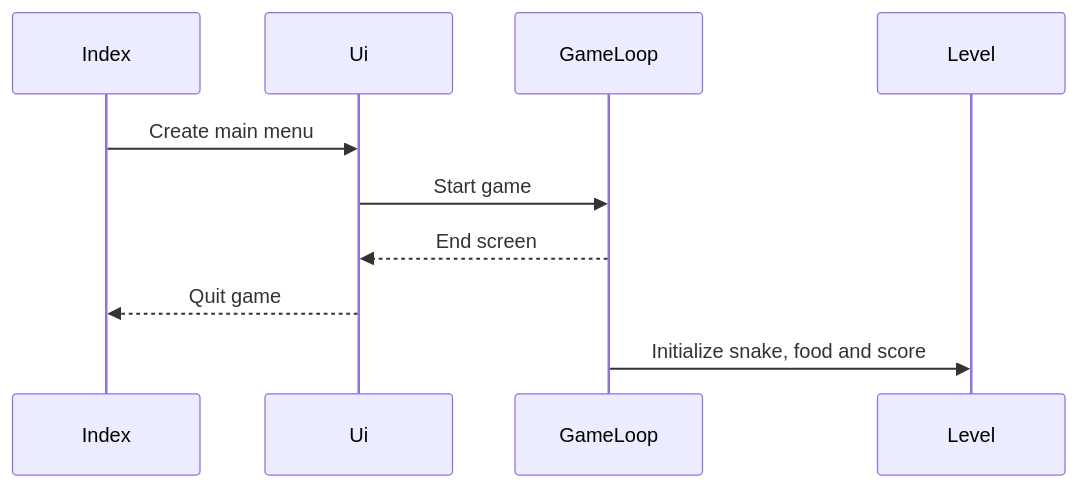
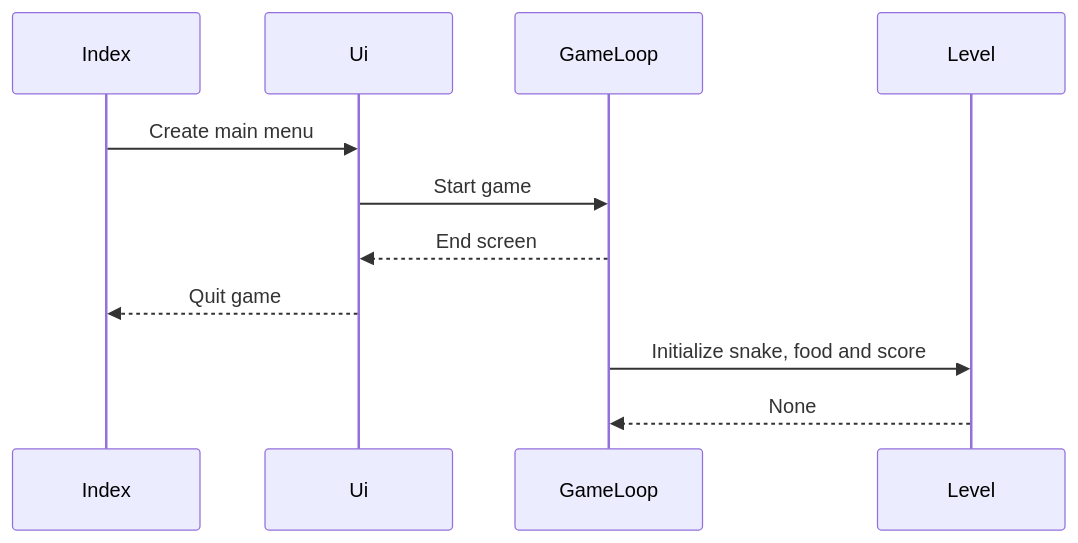
Before and after one commit to AapoTuulentie/ot-harjoitusty-: the second of 2 diagrams in dokumentaatio/arkkitehtuuri.md, drawn with Mermaid. The commit also changed other lines of this file, not shown here.

````diff
--- a/dokumentaatio/arkkitehtuuri.md
+++ b/dokumentaatio/arkkitehtuuri.md
@@ -51,15 +51,15 @@
 ```mermaid
     sequenceDiagram
         
         participant Index
         participant Ui
         participant GameLoop
         participant Level
         Index ->> Ui: Create main menu
         Ui ->> GameLoop: Start game
         GameLoop -->> Ui: End screen
         Ui -->> Index: Quit game
         GameLoop ->> Level: Initialize snake, food and score
-     
+        Level -->> GameLoop: None
         
 ```
````
